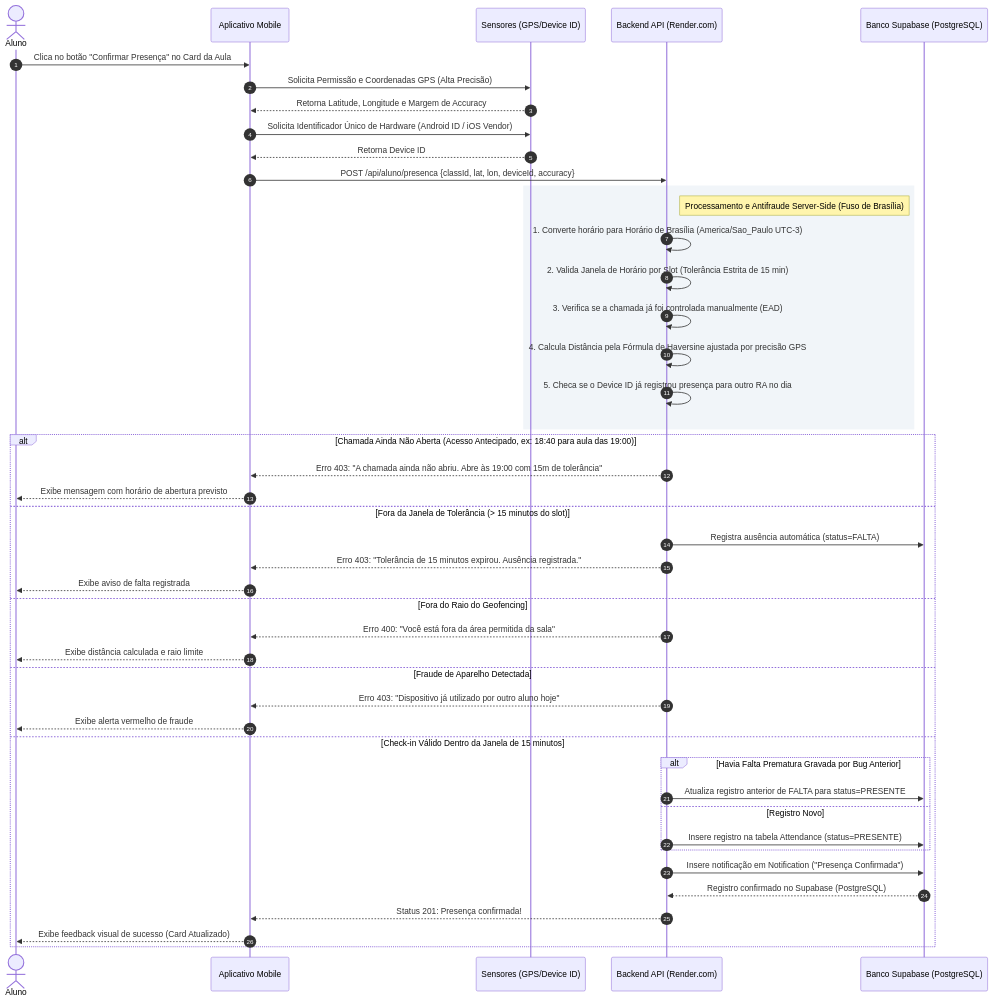
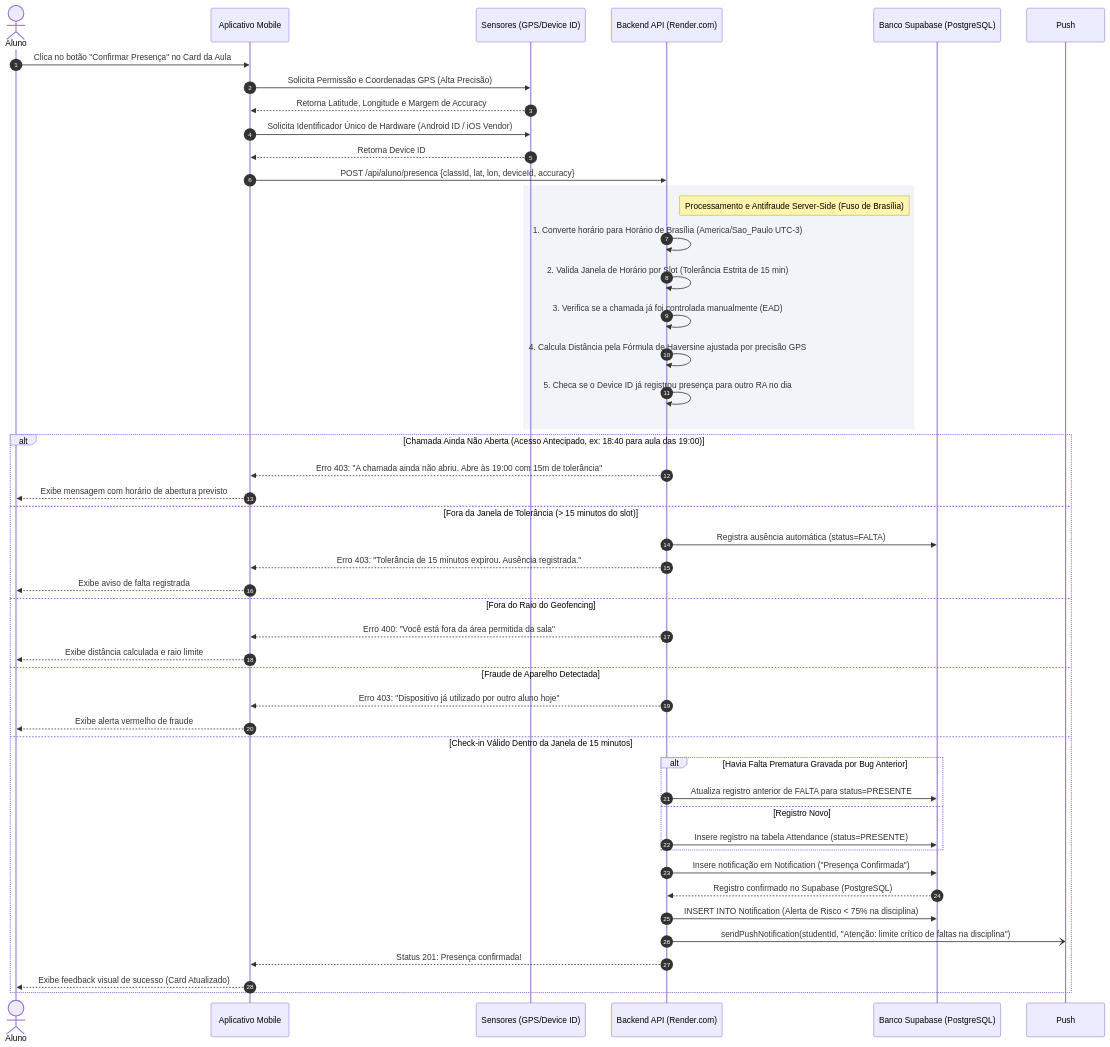
Before and after one commit to caneschi-lais/geoclass: the second of 24 diagrams in documentacao/diagramas/fluxos.md, drawn with Mermaid. The commit also changed other lines of this file and 4 other files, not shown here.

````diff
--- a/documentacao/diagramas/fluxos.md
+++ b/documentacao/diagramas/fluxos.md
@@ -57,51 +57,53 @@
 ```mermaid
 sequenceDiagram
     autonumber
     actor Aluno
     participant App as Aplicativo Mobile
     participant Hardware as Sensores (GPS/Device ID)
     participant API as Backend API (Render.com)
     participant DB as Banco Supabase (PostgreSQL)
 
     Aluno->>App: Clica no botão "Confirmar Presença" no Card da Aula
     App->>Hardware: Solicita Permissão e Coordenadas GPS (Alta Precisão)
     Hardware-->>App: Retorna Latitude, Longitude e Margem de Accuracy
     App->>Hardware: Solicita Identificador Único de Hardware (Android ID / iOS Vendor)
     Hardware-->>App: Retorna Device ID
 
     App->>API: POST /api/aluno/presenca {classId, lat, lon, deviceId, accuracy}
 
     rect rgb(241, 245, 249)
         note right of API: Processamento e Antifraude Server-Side (Fuso de Brasília)
         API->>API: 1. Converte horário para Horário de Brasília (America/Sao_Paulo UTC-3)
         API->>API: 2. Valida Janela de Horário por Slot (Tolerância Estrita de 15 min)
         API->>API: 3. Verifica se a chamada já foi controlada manualmente (EAD)
         API->>API: 4. Calcula Distância pela Fórmula de Haversine ajustada por precisão GPS
         API->>API: 5. Checa se o Device ID já registrou presença para outro RA no dia
     end
 
     alt Chamada Ainda Não Aberta (Acesso Antecipado, ex: 18:40 para aula das 19:00)
         API-->>App: Erro 403: "A chamada ainda não abriu. Abre às 19:00 com 15m de tolerância"
         App-->>Aluno: Exibe mensagem com horário de abertura previsto
     else Fora da Janela de Tolerância (> 15 minutos do slot)
         API->>DB: Registra ausência automática (status=FALTA)
         API-->>App: Erro 403: "Tolerância de 15 minutos expirou. Ausência registrada."
         App-->>Aluno: Exibe aviso de falta registrada
     else Fora do Raio do Geofencing
         API-->>App: Erro 400: "Você está fora da área permitida da sala"
         App-->>Aluno: Exibe distância calculada e raio limite
     else Fraude de Aparelho Detectada
         API-->>App: Erro 403: "Dispositivo já utilizado por outro aluno hoje"
         App-->>Aluno: Exibe alerta vermelho de fraude
     else Check-in Válido Dentro da Janela de 15 minutos
         alt Havia Falta Prematura Gravada por Bug Anterior
             API->>DB: Atualiza registro anterior de FALTA para status=PRESENTE
         else Registro Novo
             API->>DB: Insere registro na tabela Attendance (status=PRESENTE)
         end
         API->>DB: Insere notificação em Notification ("Presença Confirmada")
         DB-->>API: Registro confirmado no Supabase (PostgreSQL)
+        API->>DB: INSERT INTO Notification (Alerta de Risco < 75% na disciplina)
+        API-)Push: sendPushNotification(studentId, "Atenção: limite crítico de faltas na disciplina")
         API-->>App: Status 201: Presença confirmada!
         App-->>Aluno: Exibe feedback visual de sucesso (Card Atualizado)
     end
 ```
````
